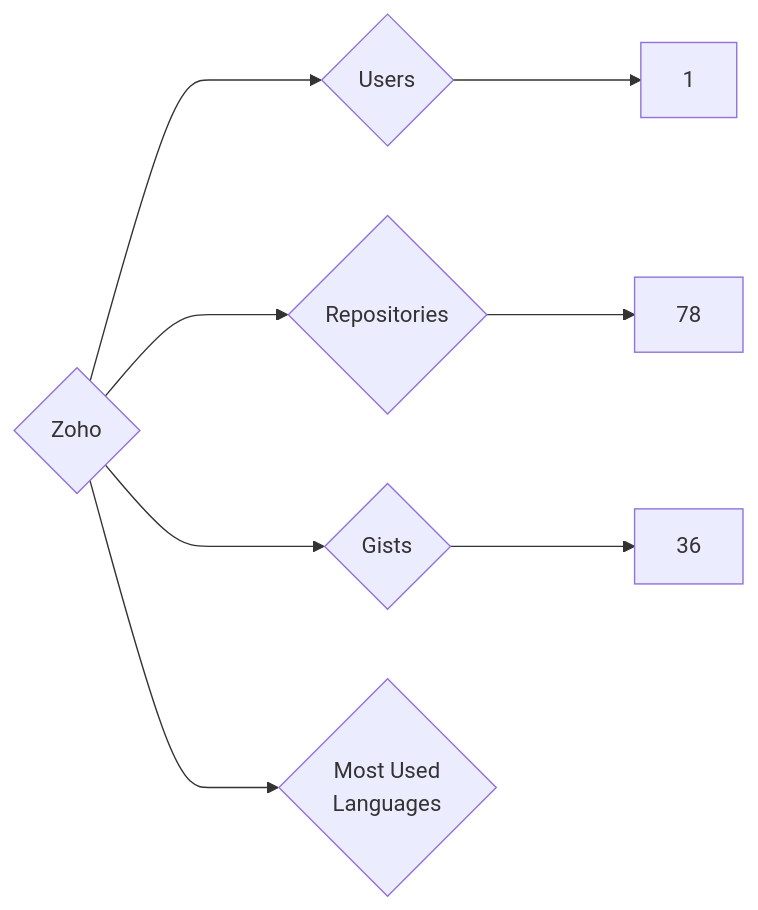
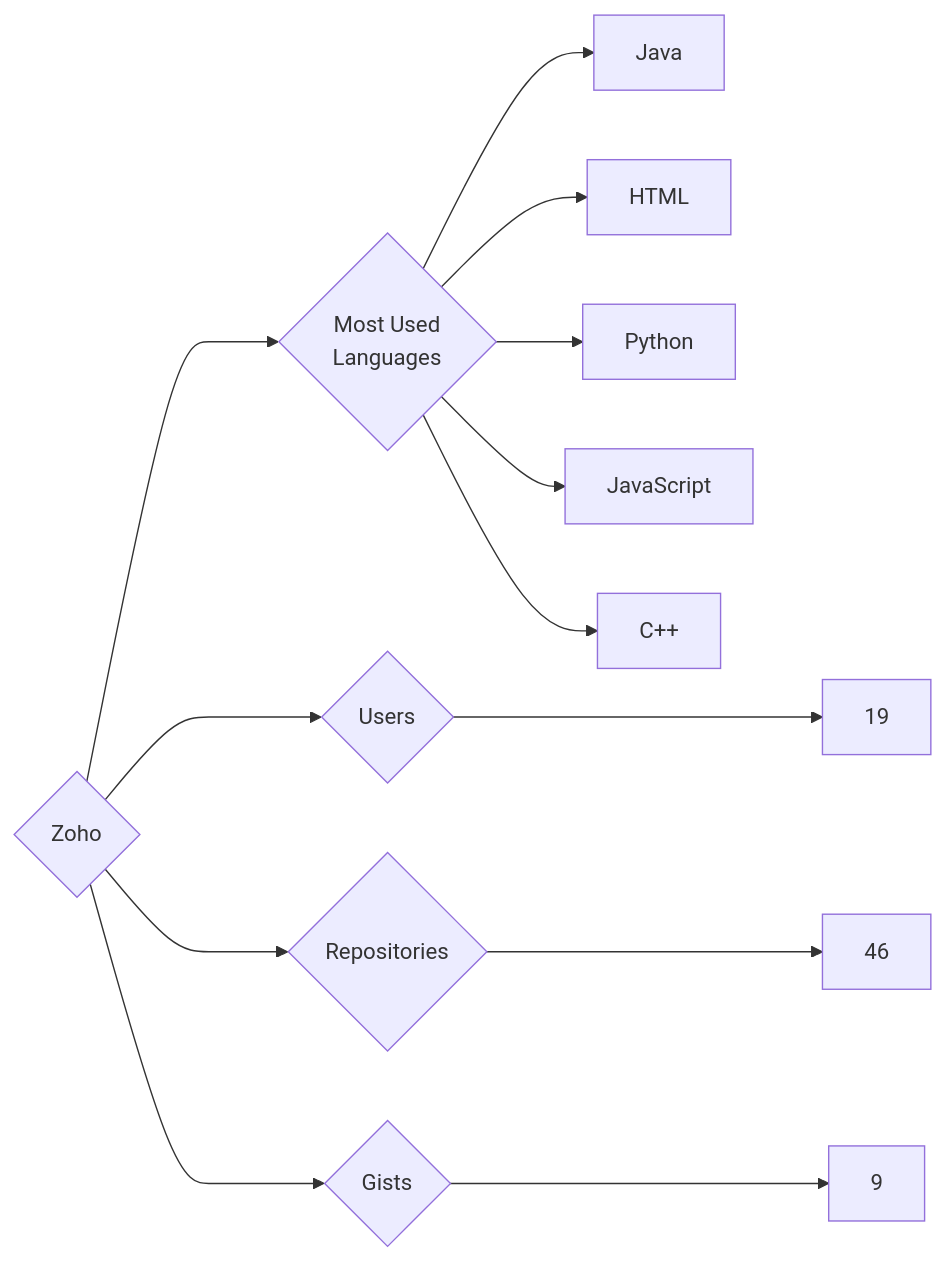
One commit to trickest/insiders changed the diagram in targets/Zoho/README.md. Above: the diagram before and after it, drawn with Mermaid. The commit also changed 695 other files, not shown here.

````diff
--- a/targets/Zoho/README.md
+++ b/targets/Zoho/README.md
@@ -3,8 +3,13 @@
 ```mermaid
 graph LR
 COMPANY_NAME{Zoho}
-COMPANY_NAME ---> U{Users} ---> UN[1]
-COMPANY_NAME ---> R{Repositories} ---> RN[78]
-COMPANY_NAME ---> G{Gists} ---> GN[36]
+COMPANY_NAME ---> U{Users} ---> UN[19]
+COMPANY_NAME ---> R{Repositories} ---> RN[46]
+COMPANY_NAME ---> G{Gists} ---> GN[9]
 COMPANY_NAME ---> ML{Most Used<br>Languages}
+ML --> Java[Java]
+ML --> HTML[HTML]
+ML --> Python[Python]
+ML --> JavaScript[JavaScript]
+ML --> C++[C++]
 ```
````
